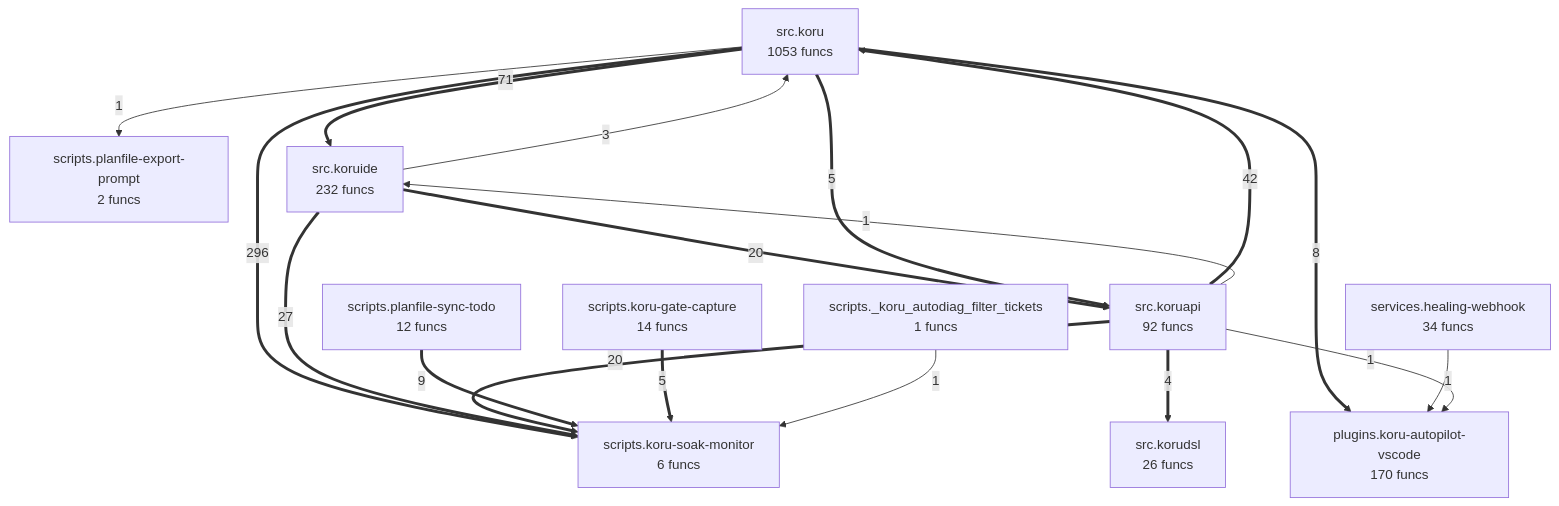
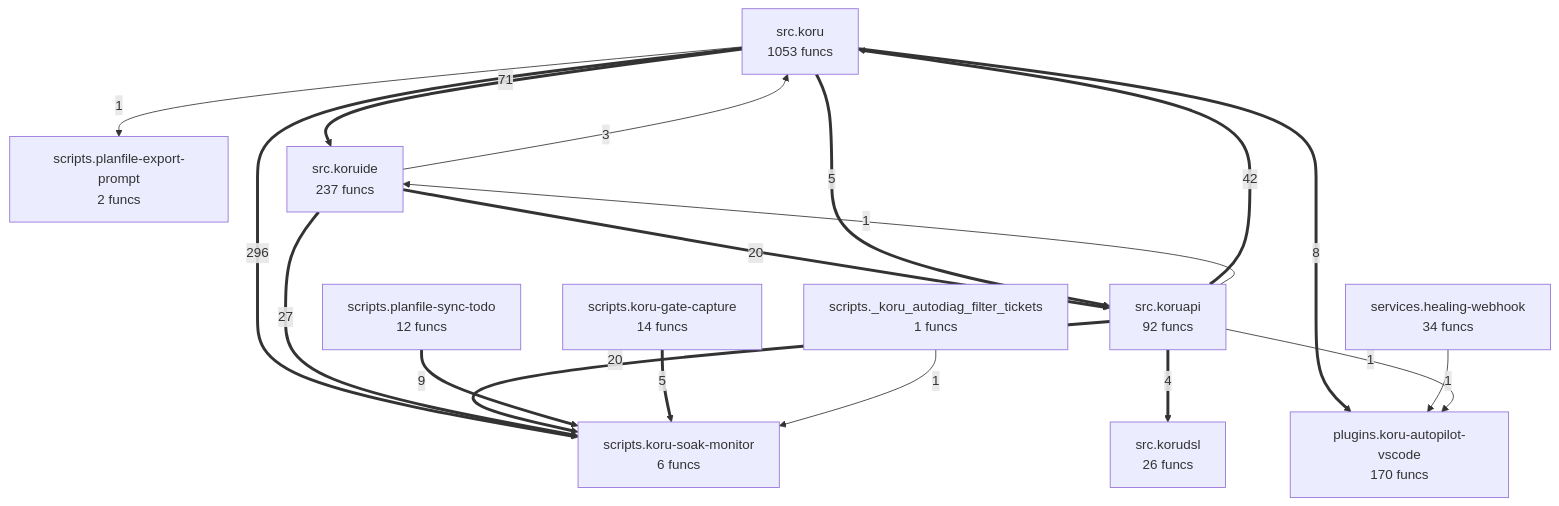
The diagram in project/compact_flow.mmd (semcod/koru), drawn with Mermaid before and after one commit. The commit also changed 28 other files, not shown here.

```diff
--- a/project/compact_flow.mmd
+++ b/project/compact_flow.mmd
@@ -1,30 +1,30 @@
 flowchart TD
-%% generated in 0.04s
+%% generated in 0.13s
     plugins__koru_autopilot_vscode["plugins.koru-autopilot-vscode<br/>170 funcs"]
     scripts___koru_autodiag_filter_tickets["scripts._koru_autodiag_filter_tickets<br/>1 funcs"]
     scripts__koru_gate_capture["scripts.koru-gate-capture<br/>14 funcs"]
     scripts__koru_soak_monitor["scripts.koru-soak-monitor<br/>6 funcs"]
     scripts__planfile_export_prompt["scripts.planfile-export-prompt<br/>2 funcs"]
     scripts__planfile_sync_todo["scripts.planfile-sync-todo<br/>12 funcs"]
     services__healing_webhook["services.healing-webhook<br/>34 funcs"]
     src__koru["src.koru<br/>1053 funcs"]
     src__koruapi["src.koruapi<br/>92 funcs"]
     src__korudsl["src.korudsl<br/>26 funcs"]
-    src__koruide["src.koruide<br/>232 funcs"]
+    src__koruide["src.koruide<br/>237 funcs"]
     src__koru ==>|296| scripts__koru_soak_monitor
     src__koru ==>|71| src__koruide
     src__koruapi ==>|42| src__koru
     src__koruide ==>|27| scripts__koru_soak_monitor
     src__koruapi ==>|20| scripts__koru_soak_monitor
     src__koruide ==>|20| src__koruapi
     scripts__planfile_sync_todo ==>|9| scripts__koru_soak_monitor
     src__koru ==>|8| plugins__koru_autopilot_vscode
     src__koru ==>|5| src__koruapi
     scripts__koru_gate_capture ==>|5| scripts__koru_soak_monitor
     src__koruapi ==>|4| src__korudsl
     src__koruide -->|3| src__koru
     services__healing_webhook -->|1| plugins__koru_autopilot_vscode
     src__koruapi -->|1| plugins__koru_autopilot_vscode
     src__koruapi -->|1| src__koruide
     src__koru -->|1| scripts__planfile_export_prompt
     scripts___koru_autodiag_filter_tickets -->|1| scripts__koru_soak_monitor
```
